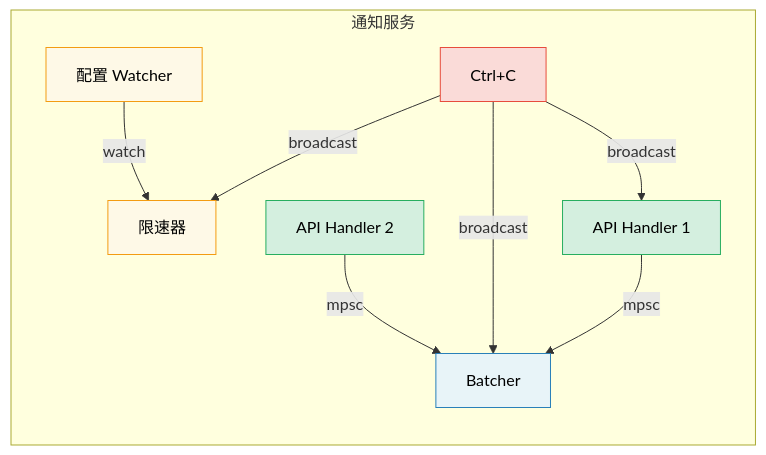
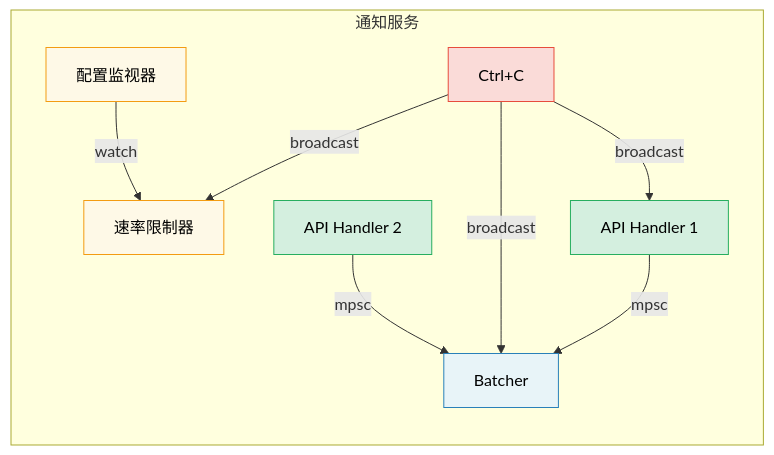
Before and after one commit to hearsay316/RustTraining: the third of 3 diagrams in async-book/src-zh/ch08-tokio-deep-dive.md, drawn with Mermaid. The commit also changed other lines of this file and 20 other files, not shown here.

````diff
--- a/async-book/src-zh/ch08-tokio-deep-dive.md
+++ b/async-book/src-zh/ch08-tokio-deep-dive.md
@@ -240,19 +299,19 @@
 ```mermaid
 graph LR
     subgraph "通知服务"
         direction TB
         API1["API Handler 1"] -->|mpsc| BATCH["Batcher"]
         API2["API Handler 2"] -->|mpsc| BATCH
-        CONFIG["配置 Watcher"] -->|watch| RATE["限速器"]
+        CONFIG["配置监视器"] -->|watch| RATE["速率限制器"]
         CTRL["Ctrl+C"] -->|broadcast| API1
         CTRL -->|broadcast| BATCH
         CTRL -->|broadcast| RATE
     end
 
     style API1 fill:#d4efdf,stroke:#27ae60,color:#000
     style API2 fill:#d4efdf,stroke:#27ae60,color:#000
     style BATCH fill:#e8f4f8,stroke:#2980b9,color:#000
     style CONFIG fill:#fef9e7,stroke:#f39c12,color:#000
     style RATE fill:#fef9e7,stroke:#f39c12,color:#000
     style CTRL fill:#fadbd8,stroke:#e74c3c,color:#000
 ```
````
